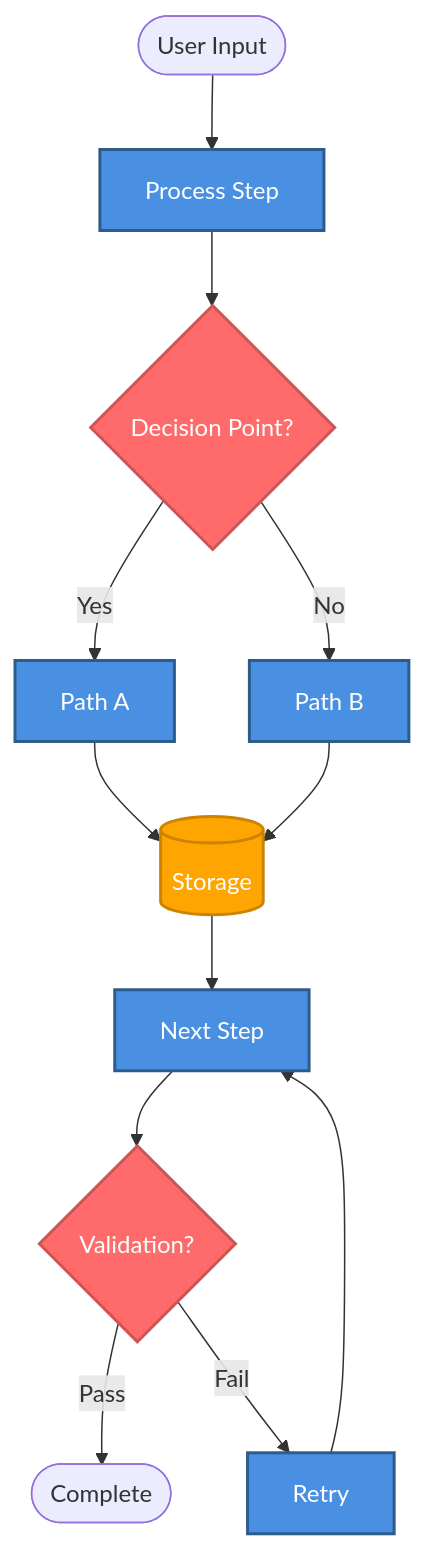
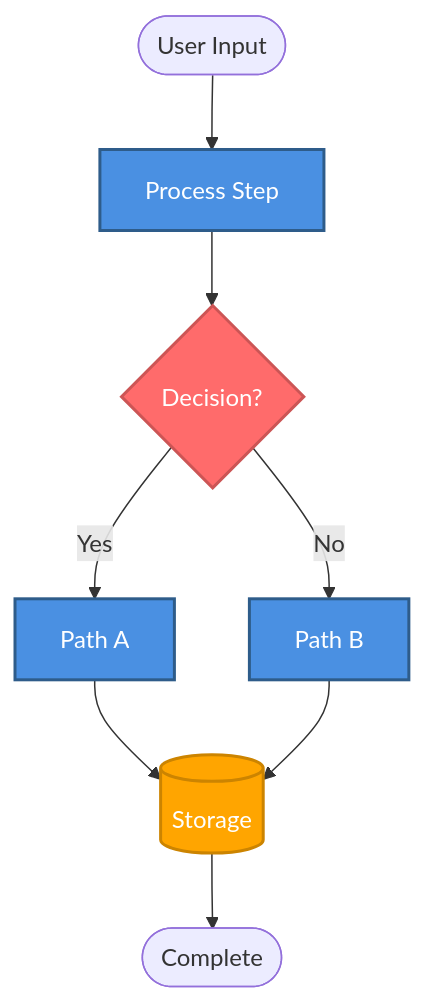
One commit to Duccci/Zenos-Planner changed the diagram in templates/architecture-templates/data-flow-template.md. Above: the diagram before and after it, drawn with Mermaid. The commit also changed other lines of this file and 155 other files, not shown here.

````diff
--- a/templates/architecture-templates/data-flow-template.md
+++ b/templates/architecture-templates/data-flow-template.md
@@ -14,30 +13,18 @@
 ```mermaid
 flowchart TD
     Start([User Input]) --> Process1[Process Step]
-    
-    Process1 --> Decision1{Decision Point?}
-    
-    Decision1 -->|Yes| Process2A[Path A]
-    Decision1 -->|No| Process2B[Path B]
-    
-    Process2A --> Store1[(Storage)]
-    Process2B --> Store1
-    
-    Store1 --> Process3[Next Step]
-    
-    Process3 --> Decision2{Validation?}
-    
-    Decision2 -->|Pass| End([Complete])
-    Decision2 -->|Fail| Retry[Retry]
-    
-    Retry --> Process3
-    
-    %% Styling
-    classDef storageStyle fill:#FFA500,stroke:#CC8400,stroke-width:2px,color:#fff
-    classDef processStyle fill:#4A90E2,stroke:#2E5C8A,stroke-width:2px,color:#fff
-    classDef decisionStyle fill:#FF6B6B,stroke:#CC5555,stroke-width:2px,color:#fff
-    
-    class Store1 storageStyle
-    class Process1,Process2A,Process2B,Process3,Retry processStyle
-    class Decision1,Decision2 decisionStyle
+    Process1 --> Decision1{Decision?}
+    Decision1 -->|Yes| Process2[Path A]
+    Decision1 -->|No| Process3[Path B]
+    Process2 --> Store[(Storage)]
+    Process3 --> Store
+    Store --> End([Complete])
+
+    classDef storage fill:#FFA500,stroke:#CC8400,stroke-width:2px,color:#fff
+    classDef process fill:#4A90E2,stroke:#2E5C8A,stroke-width:2px,color:#fff
+    classDef decision fill:#FF6B6B,stroke:#CC5555,stroke-width:2px,color:#fff
+
+    class Store storage
+    class Process1,Process2,Process3 process
+    class Decision1 decision
 ```
````
